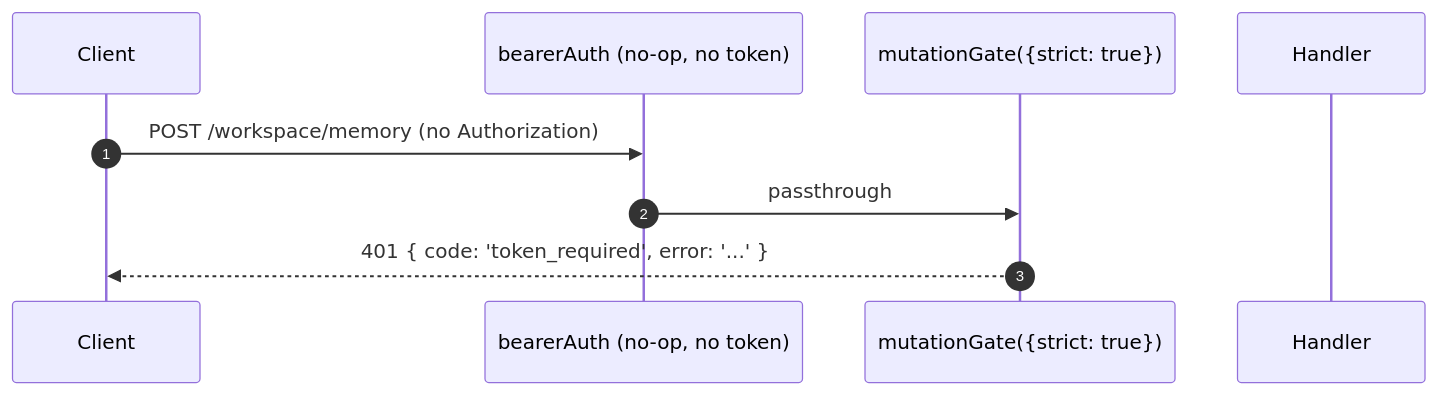
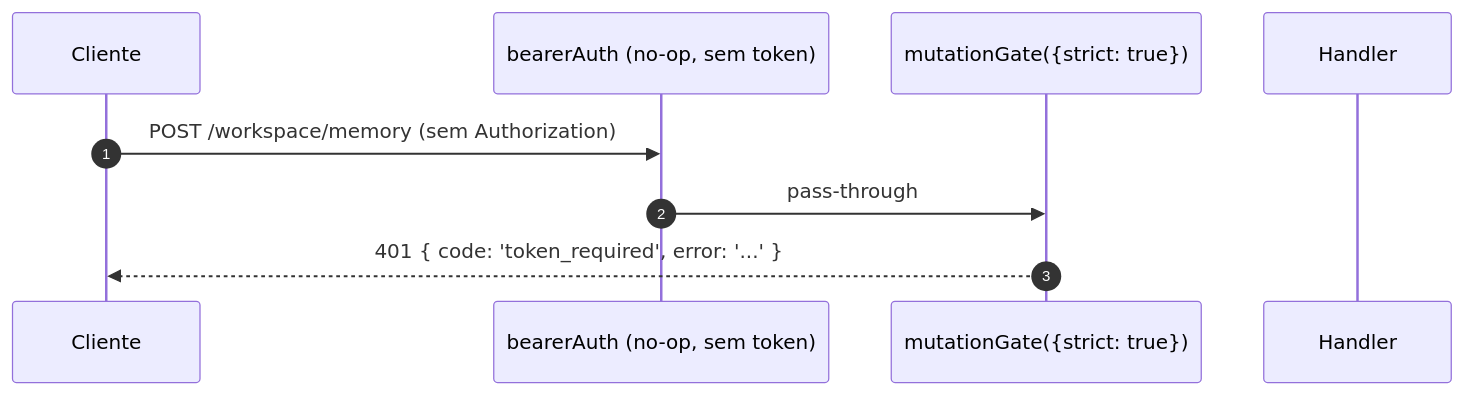
The fourth of 4 diagrams in website/content/pt-BR/developers/daemon/12-auth-security.md (QwenLM/qwen-code-docs), drawn with Mermaid before and after one commit. The commit also changed other lines of this file and 1077 other files, not shown here.

````diff
--- a/website/content/pt-BR/developers/daemon/12-auth-security.md
+++ b/website/content/pt-BR/developers/daemon/12-auth-security.md
@@ -238,12 +219,12 @@
 ```mermaid
 sequenceDiagram
     autonumber
-    participant C as Client
-    participant BA as bearerAuth (no-op, no token)
+    participant C as Cliente
+    participant BA as bearerAuth (no-op, sem token)
     participant MG as mutationGate({strict: true})
     participant R as Handler
 
-    C->>BA: POST /workspace/memory (no Authorization)
-    BA->>MG: passthrough
+    C->>BA: POST /workspace/memory (sem Authorization)
+    BA->>MG: pass-through
     MG-->>C: 401 { code: 'token_required', error: '...' }
 ```
````
